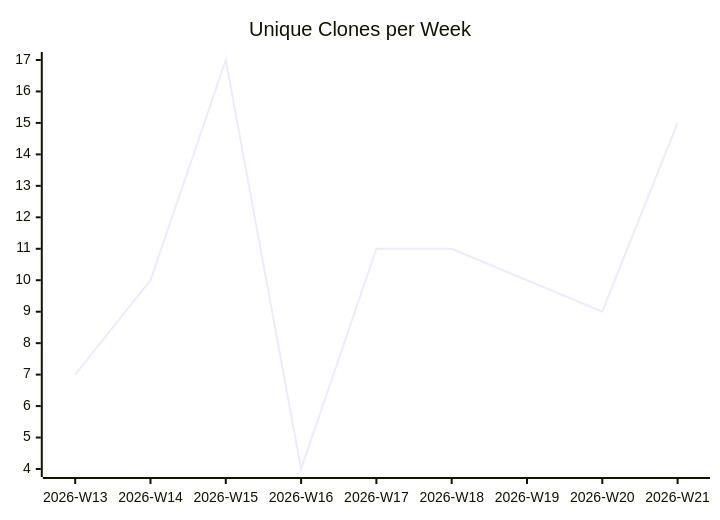
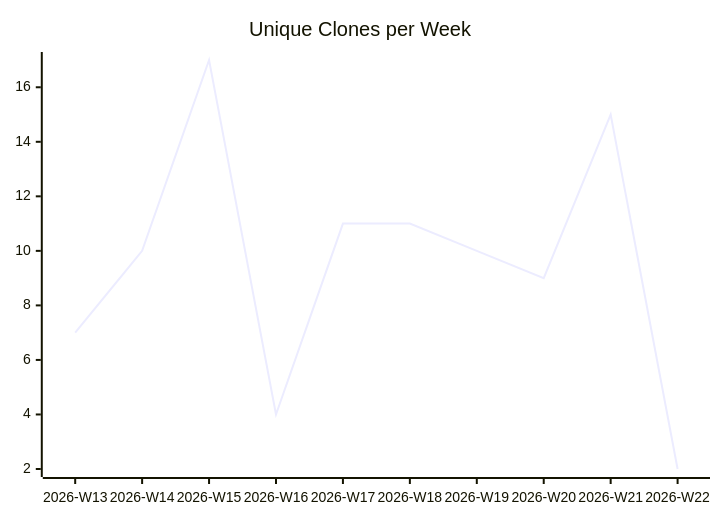
The third of 3 diagrams in karlmdavis/ksoap2-android/README.md (justdavis-family/github-analytics-data), drawn with Mermaid before and after one commit. The commit also changed other lines of this file and 190 other files, not shown here.

````diff
--- a/karlmdavis/ksoap2-android/README.md
+++ b/karlmdavis/ksoap2-android/README.md
@@ -19,6 +19,6 @@
 ```mermaid
 xychart-beta
   title "Unique Clones per Week"
-  x-axis ["2026-W13", "2026-W14", "2026-W15", "2026-W16", "2026-W17", "2026-W18", "2026-W19", "2026-W20", "2026-W21"]
-  line [7, 10, 17, 4, 11, 11, 10, 9, 15]
+  x-axis ["2026-W13", "2026-W14", "2026-W15", "2026-W16", "2026-W17", "2026-W18", "2026-W19", "2026-W20", "2026-W21", "2026-W22"]
+  line [7, 10, 17, 4, 11, 11, 10, 9, 15, 2]
 ```
````
